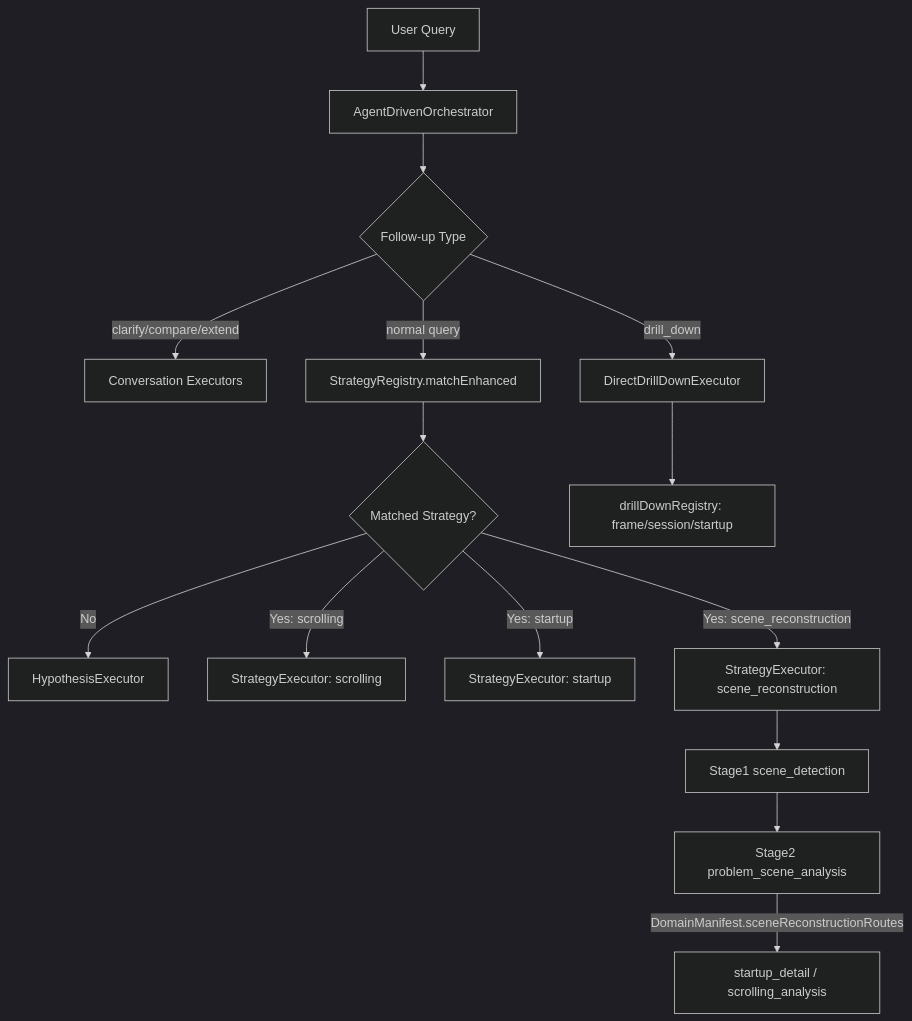
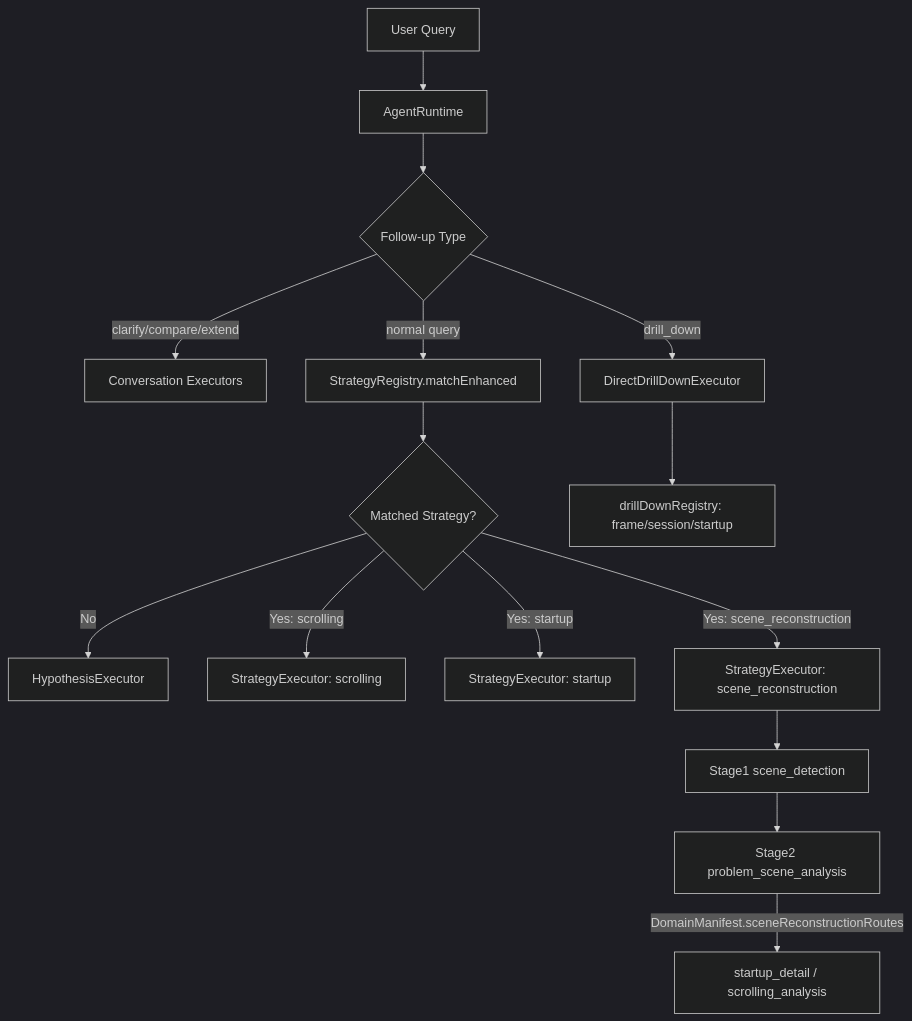
Before and after one commit to yuchuangu85/SmartPerfetto: the diagram in docs/architecture-analysis/06-scrolling-startup-optimization.md, drawn with Mermaid (dark theme). The commit also changed other lines of this file and 144 other files, not shown here.

Commit message:
feat(agent): migrate to AgentRuntime and expand analysis coverage

````diff
--- a/docs/architecture-analysis/06-scrolling-startup-optimization.md
+++ b/docs/architecture-analysis/06-scrolling-startup-optimization.md
@@ -30,21 +30,21 @@
 ```mermaid
 flowchart TD
-    A[User Query] --> B[AgentDrivenOrchestrator]
+A[User Query] --> B[AgentRuntime]
     B --> C{Follow-up Type}
 
     C -->|clarify/compare/extend| D[Conversation Executors]
     C -->|drill_down| E[DirectDrillDownExecutor]
     C -->|normal query| F[StrategyRegistry.matchEnhanced]
 
     F --> G{Matched Strategy?}
     G -->|No| H[HypothesisExecutor]
     G -->|Yes: scrolling| I[StrategyExecutor: scrolling]
     G -->|Yes: startup| J[StrategyExecutor: startup]
     G -->|Yes: scene_reconstruction| K[StrategyExecutor: scene_reconstruction]
 
     K --> K1[Stage1 scene_detection]
     K1 --> K2[Stage2 problem_scene_analysis]
     K2 -->|DomainManifest.sceneReconstructionRoutes| K3[startup_detail / scrolling_analysis]
 
     E --> L[drillDownRegistry: frame/session/startup]
 ```
````
